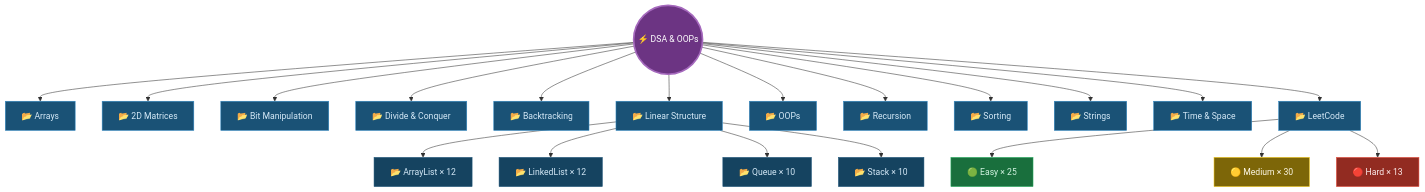
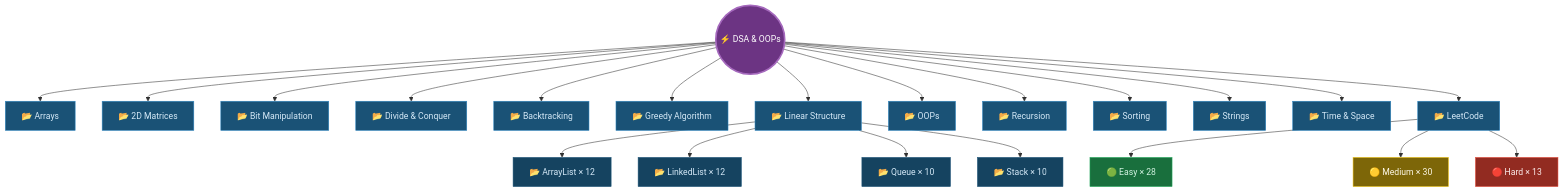
The second of 2 diagrams in README.md (raghuvanshi-sec/DSA), drawn with Mermaid before and after one commit. The commit also changed other lines of this file and 12 other files, not shown here.

First line of the commit message:
feat: add Greedy Algorithm module & reorganize LeetCode problems

````diff
--- a/README.md
+++ b/README.md
@@ -82,47 +83,49 @@
 ```mermaid
     flowchart TD
     R(("⚡ DSA & OOPs"))
 
     R --> A["📂 Arrays"]
     R --> M["📂 2D Matrices"]
     R --> B["📂 Bit Manipulation"]
     R --> DC["📂 Divide & Conquer"]
     R --> BK["📂 Backtracking"]
+    R --> GA["📂 Greedy Algorithm"]
     R --> LS["📂 Linear Structure"]
     R --> O["📂 OOPs"]
     R --> REC["📂 Recursion"]
     R --> S["📂 Sorting"]
     R --> ST["📂 Strings"]
     R --> TS["📂 Time & Space"]
     R --> LC["📂 LeetCode"]
 
     LS --> AL["📂 ArrayList × 12"]
     LS --> LL["📂 LinkedList × 12"]
     LS --> Q["📂 Queue × 10"]
     LS --> STK["📂 Stack × 10"]
 
-    LC --> E["🟢 Easy × 25"]
+    LC --> E["🟢 Easy × 28"]
     LC --> MD["🟡 Medium × 30"]
     LC --> H["🔴 Hard × 13"]
 
     style R fill:#6c3483,stroke:#a569bd,stroke-width:3px,color:#fff
     style A fill:#1a5276,stroke:#2e86c1,color:#d6eaf8
     style M fill:#1a5276,stroke:#2e86c1,color:#d6eaf8
     style B fill:#1a5276,stroke:#2e86c1,color:#d6eaf8
     style DC fill:#1a5276,stroke:#2e86c1,color:#d6eaf8
     style BK fill:#1a5276,stroke:#2e86c1,color:#d6eaf8
+    style GA fill:#1a5276,stroke:#2e86c1,color:#d6eaf8
     style LS fill:#1a5276,stroke:#2e86c1,color:#d6eaf8
     style AL fill:#154360,stroke:#1a5276,color:#d6eaf8
     style LL fill:#154360,stroke:#1a5276,color:#d6eaf8
     style Q fill:#154360,stroke:#1a5276,color:#d6eaf8
     style STK fill:#154360,stroke:#1a5276,color:#d6eaf8
     style O fill:#1a5276,stroke:#2e86c1,color:#d6eaf8
     style REC fill:#1a5276,stroke:#2e86c1,color:#d6eaf8
     style S fill:#1a5276,stroke:#2e86c1,color:#d6eaf8
     style ST fill:#1a5276,stroke:#2e86c1,color:#d6eaf8
     style TS fill:#1a5276,stroke:#2e86c1,color:#d6eaf8
     style LC fill:#1a5276,stroke:#2e86c1,color:#d6eaf8
     style E fill:#196f3d,stroke:#27ae60,color:#d5f5e3
     style MD fill:#7d6608,stroke:#f1c40f,color:#fef9e7
     style H fill:#922b21,stroke:#e74c3c,color:#fdedec
 ```
````
